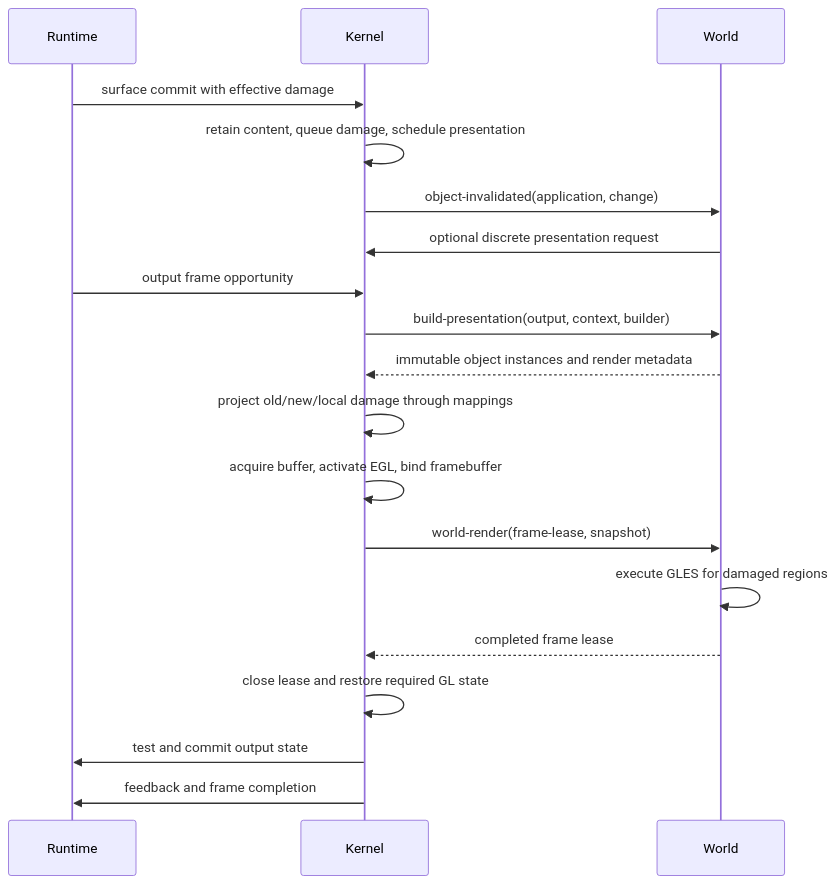
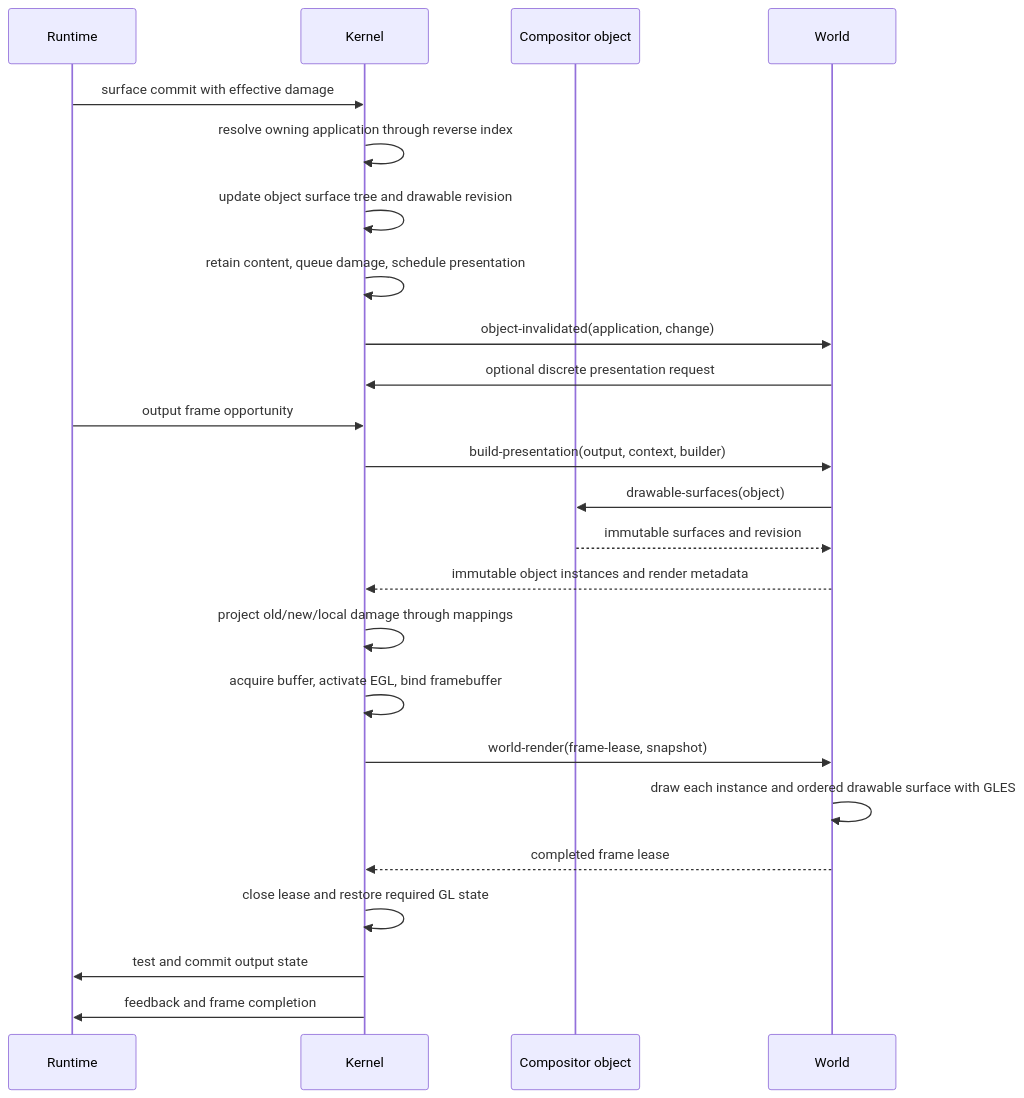
Before and after one commit to SeungheonOh/ataxia: the fourth of 4 diagrams in docs/POST-RUNTIME-REDESIGN-PLAN.md, drawn with Mermaid. The commit also changed other lines of this file, not shown here.

Commit message:
docs: define compositor object protocols

````diff
--- a/docs/POST-RUNTIME-REDESIGN-PLAN.md
+++ b/docs/POST-RUNTIME-REDESIGN-PLAN.md
@@ -517,22 +705,27 @@
 ```mermaid
 sequenceDiagram
     participant R as Runtime
     participant K as Kernel
+    participant O as Compositor object
     participant W as World
 
     R->>K: surface commit with effective damage
+    K->>K: resolve owning application through reverse index
+    K->>K: update object surface tree and drawable revision
     K->>K: retain content, queue damage, schedule presentation
     K->>W: object-invalidated(application, change)
     W->>K: optional discrete presentation request
     R->>K: output frame opportunity
     K->>W: build-presentation(output, context, builder)
+    W->>O: drawable-surfaces(object)
+    O-->>W: immutable surfaces and revision
     W-->>K: immutable object instances and render metadata
     K->>K: project old/new/local damage through mappings
     K->>K: acquire buffer, activate EGL, bind framebuffer
     K->>W: world-render(frame-lease, snapshot)
-    W->>W: execute GLES for damaged regions
+    W->>W: draw each instance and ordered drawable surface with GLES
     W-->>K: completed frame lease
     K->>K: close lease and restore required GL state
     K->>R: test and commit output state
     K->>R: feedback and frame completion
 ```
````
